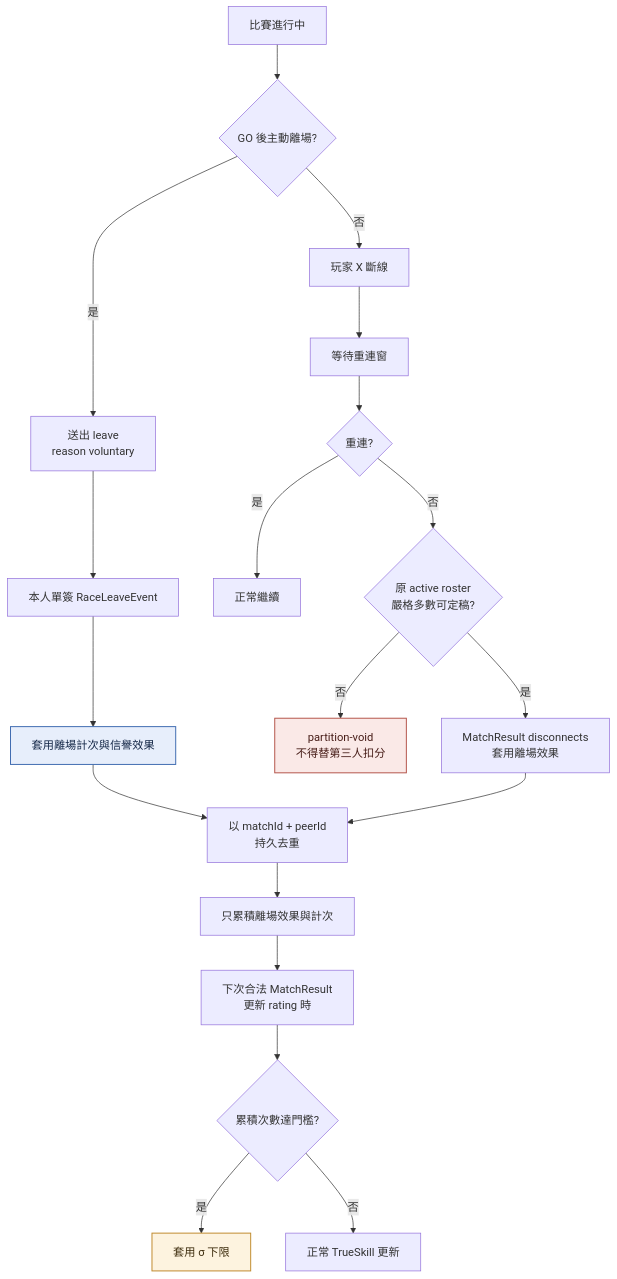
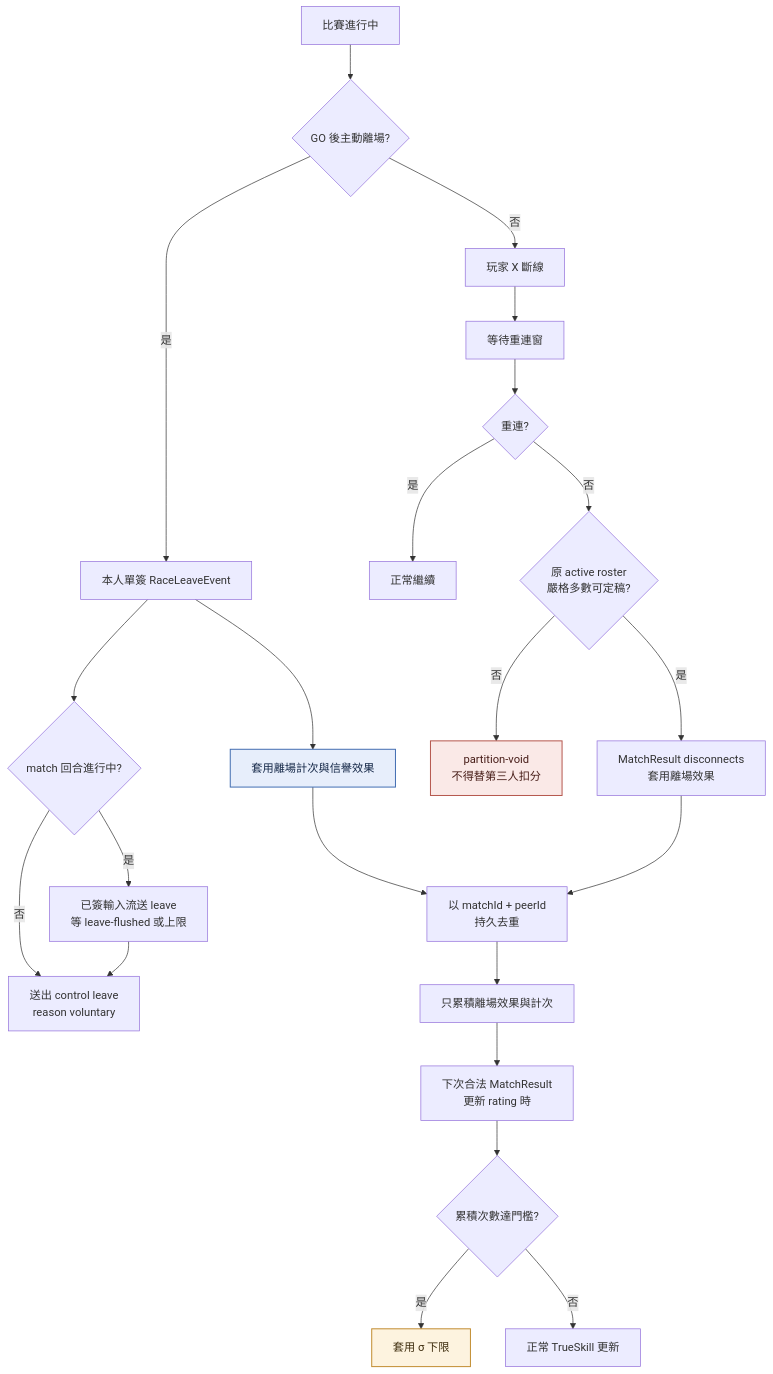
Before and after one commit to xjustloveux/open-4wd-specs: the fourth of 5 diagrams in 程式架構/程式流程/matchmaking.md, drawn with Mermaid. The commit also changed other lines of this file and 185 other files, not shown here.

````diff
--- a/程式架構/程式流程/matchmaking.md
+++ b/程式架構/程式流程/matchmaking.md
@@ -113,30 +113,33 @@
 ```mermaid
 flowchart TD
     Race[比賽進行中] --> Voluntary{GO 後主動離場?}
-    Voluntary -->|是| LeaveWire[送出 leave<br/>reason voluntary]
-    LeaveWire --> LeaveEvent[本人單簽 RaceLeaveEvent]
+    Voluntary -->|是| LeaveEvent[本人單簽 RaceLeaveEvent]
+    LeaveEvent --> InRound{match 回合進行中?}
+    InRound -->|是| InStream[已簽輸入流送 leave<br/>等 leave-flushed 或上限]
+    InRound -->|否| LeaveWire[送出 control leave<br/>reason voluntary]
+    InStream --> LeaveWire
     LeaveEvent --> LeaveEffect[套用離場計次與信譽效果]
 
     Voluntary -->|否| Disconnect[玩家 X 斷線]
     Disconnect --> Wait[等待重連窗]
     Wait --> Reconn{重連?}
     Reconn -->|是| Continue[正常繼續]
     Reconn -->|否| Quorum{原 active roster<br/>嚴格多數可定稿?}
     Quorum -->|否| Void[partition-void<br/>不得替第三人扣分]
     Quorum -->|是| MatchEffect[MatchResult disconnects<br/>套用離場效果]
 
     LeaveEffect --> Dedup[以 matchId + peerId<br/>持久去重]
     MatchEffect --> Dedup
     Dedup --> Record[只累積離場效果與計次]
     Record --> Later[下次合法 MatchResult<br/>更新 rating 時]
     Later --> Threshold{累積次數達門檻?}
     Threshold -->|是| AdjustSigma[套用 σ 下限]
     Threshold -->|否| Normal[正常 TrueSkill 更新]
 
     classDef consensus fill:#fdf3df,stroke:#c08a2d,stroke-width:1.4px,color:#3d2c0d;
     classDef chain fill:#e7eefb,stroke:#3f6bb0,stroke-width:1.4px,color:#152848;
     classDef fail fill:#fae9e7,stroke:#b4544a,stroke-width:1.4px,color:#471d18;
     class AdjustSigma consensus
     class LeaveEffect chain
     class Void fail
 ```
````
